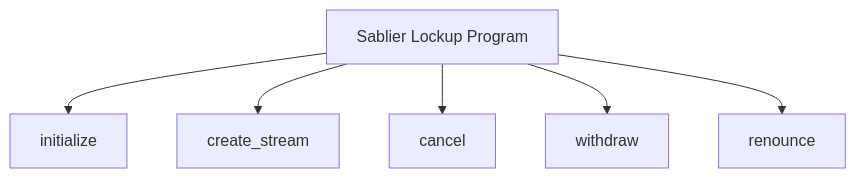
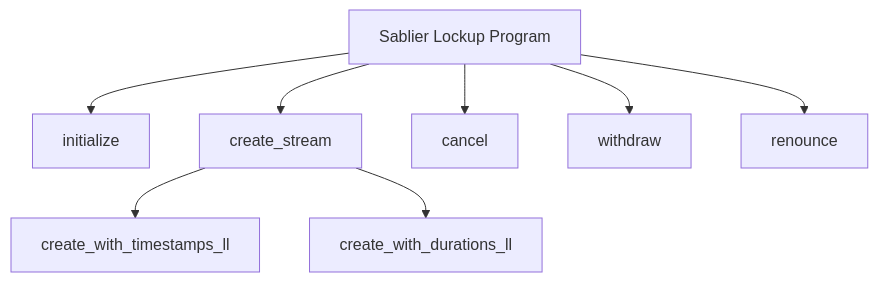
Before and after one commit to sablier-labs/docs: the first of 10 diagrams in docs/solana/accounts-architecture/01-lockup.md, drawn with Mermaid. The commit also changed other lines of this file and 1 other file, not shown here.

````diff
--- a/docs/solana/accounts-architecture/01-lockup.md
+++ b/docs/solana/accounts-architecture/01-lockup.md
@@ -24,8 +24,10 @@
 ```mermaid
 flowchart TD
     A[Sablier Lockup Program] --> B[initialize]
     A --> C[create_stream]
     A --> D[cancel]
     A --> E[withdraw]
     A --> F[renounce]
+    C --> G[create_with_timestamps_ll]
+    C --> H[create_with_durations_ll]
 ```
````
